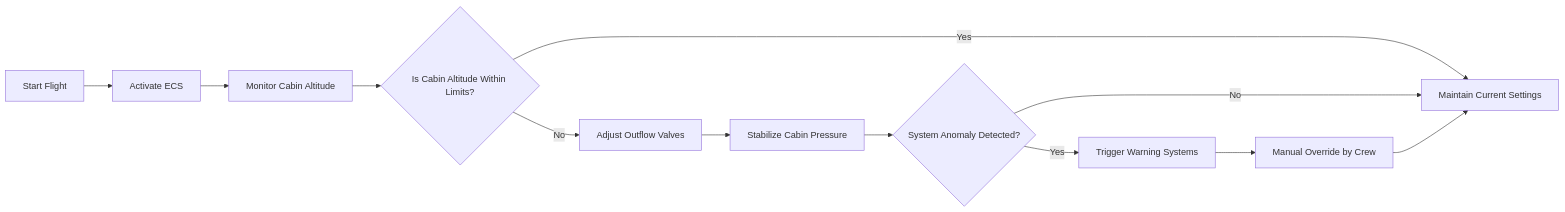
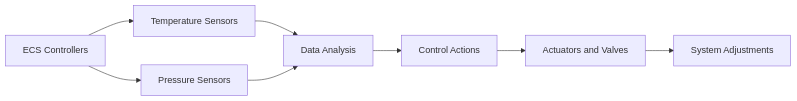
The third of 4 diagrams in FTC_21-00-00-00-000_ATA_21_Air_Conditioning_and_Pressurization_ECS.md (Robbbo-T/Ampel360XWLRGA), drawn with Mermaid before and after one commit. The commit also changed other lines of this file, not shown here.

````diff
--- a/FTC_21-00-00-00-000_ATA_21_Air_Conditioning_and_Pressurization_ECS.md
+++ b/FTC_21-00-00-00-000_ATA_21_Air_Conditioning_and_Pressurization_ECS.md
@@ -628,14 +917,10 @@
 ```mermaid
 flowchart LR
-    A[Start Flight] --> B[Activate ECS]
-    B --> C[Monitor Cabin Altitude]
-    C --> D{Is Cabin Altitude Within Limits?}
-    D -->|Yes| E[Maintain Current Settings]
-    D -->|No| F[Adjust Outflow Valves]
-    F --> G[Stabilize Cabin Pressure]
-    G --> H{System Anomaly Detected?}
-    H -->|Yes| I[Trigger Warning Systems]
-    H -->|No| E
-    I --> J[Manual Override by Crew]
-    J --> E
+    A[ECS Controllers] --> B[Temperature Sensors]
+    A[ECS Controllers] --> C[Pressure Sensors]
+    B --> D[Data Analysis]
+    C --> D[Data Analysis]
+    D --> E[Control Actions]
+    E --> F[Actuators and Valves]
+    F --> G[System Adjustments]
 ```
````
